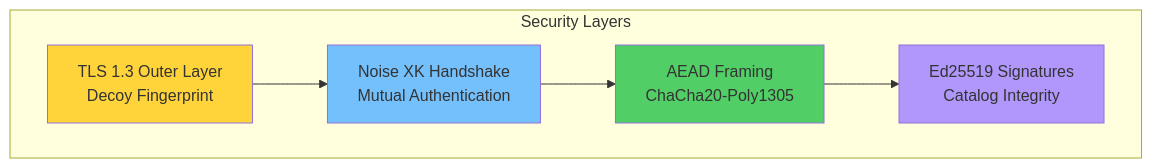
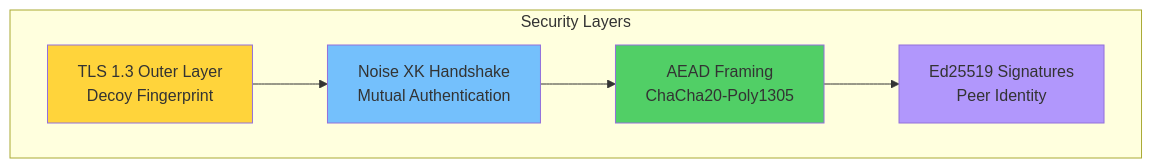
The ninth of 15 diagrams in README.md (QW1CKS/qnet), drawn with Mermaid before and after one commit. The commit also changed other lines of this file and 4 other files, not shown here.

````diff
--- a/README.md
+++ b/README.md
@@ -318,18 +318,18 @@
 ```mermaid
 graph TB
     subgraph "Security Layers"
         L1[TLS 1.3 Outer Layer<br/>Decoy Fingerprint]
         L2[Noise XK Handshake<br/>Mutual Authentication]
         L3[AEAD Framing<br/>ChaCha20-Poly1305]
-        L4[Ed25519 Signatures<br/>Catalog Integrity]
+        L4[Ed25519 Signatures<br/>Peer Identity]
     end
     
     L1 --> L2
     L2 --> L3
     L3 --> L4
     
     style L1 fill:#ffd43b
     style L2 fill:#74c0fc
     style L3 fill:#51cf66
     style L4 fill:#b197fc
 ```
````
